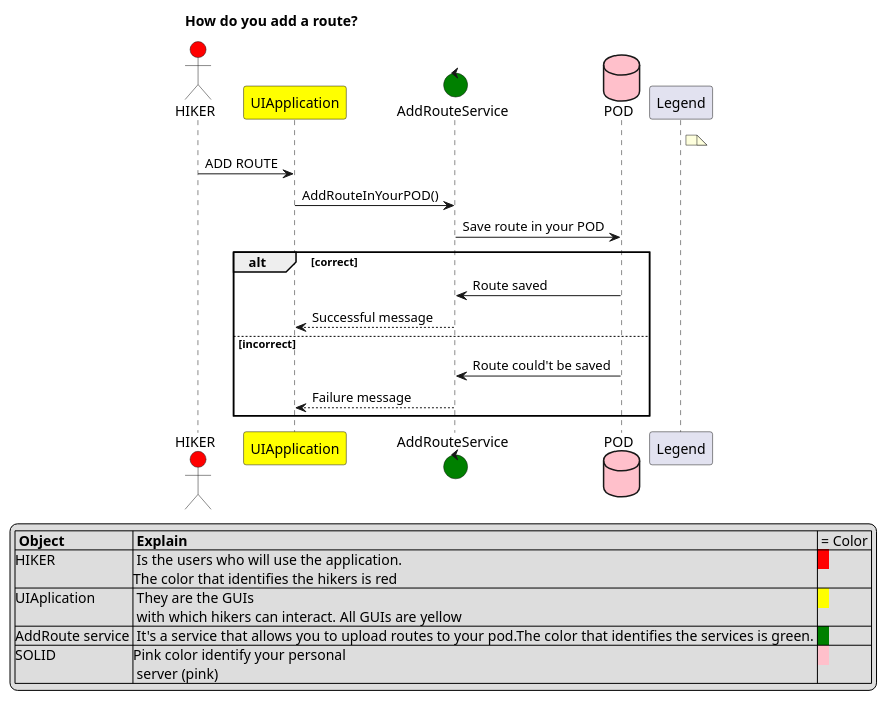
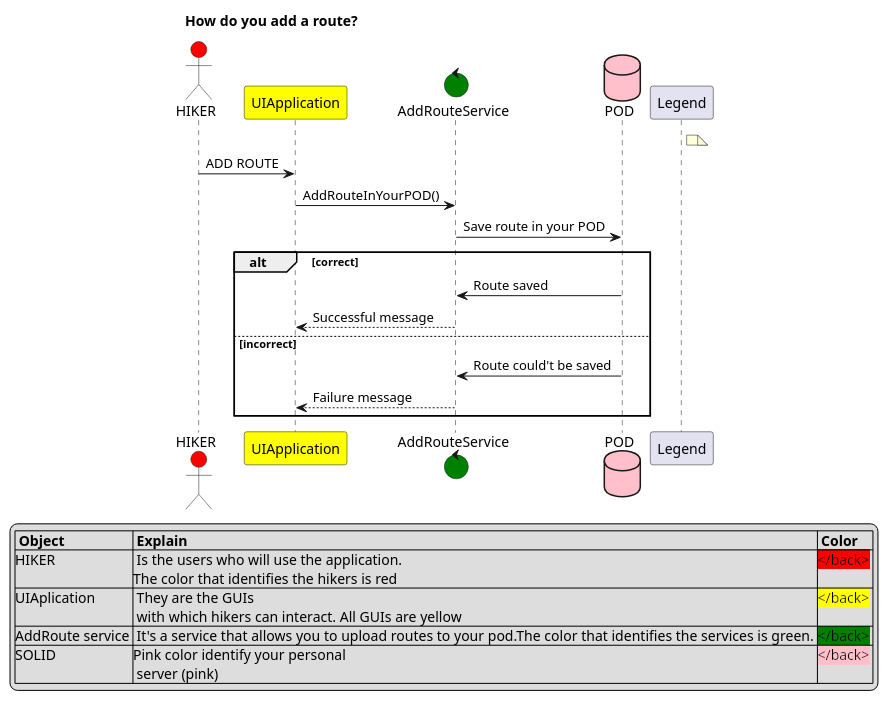
The second of 2 diagrams in src/docs/06_runtime_view.adoc (Arquisoft/viade_es1b), drawn with PlantUML before and after one commit.

Commit message:
Pequeño bug arreglado

```diff
--- a/src/docs/06_runtime_view.adoc
+++ b/src/docs/06_runtime_view.adoc
@@ -61,35 +61,35 @@
 [plantuml,"Add route diagram",png]
 ----
 title How do you add a route?
 
 
 
 actor HIKER #red
 participant UIApplication #yellow
 control AddRouteService #green
 database POD #pink
 
 note right of Legend: 
 
 
 HIKER -> UIApplication: ADD ROUTE
 UIApplication -> AddRouteService: AddRouteInYourPOD()
 AddRouteService -> POD: Save route in your POD
 
 alt correct
 	POD -> AddRouteService: Route saved
 	AddRouteService --> UIApplication: Successful message
 
 else incorrect
 	POD -> AddRouteService: Route could't be saved
 	AddRouteService --> UIApplication: Failure message
 	end
 
 legend
-|= Object |= Explain | = Color |
-|HIKER | Is the users who will use the application.\nThe color that identifies the hikers is red |<back:#FF0000>   </back> |
-|UIAplication | They are the GUIs\n with which hikers can interact. All GUIs are yellow |<back:yellow>   </back> |
-|AddRoute service | It's a service that allows you to upload routes to your pod.The color that identifies the services is green. |<back:green>   </back> |
-|SOLID|Pink color identify your personal\n server (pink)|<back:pink>   </back> |
+|= Object |= Explain |= Color |
+|HIKER | Is the users who will use the application.\nThe color that identifies the hikers is red |<back:#FF0000></back> |
+|UIAplication | They are the GUIs\n with which hikers can interact. All GUIs are yellow |<back:yellow></back> |
+|AddRoute service | It's a service that allows you to upload routes to your pod.The color that identifies the services is green. |<back:green></back> |
+|SOLID|Pink color identify your personal\n server (pink)|<back:pink></back> |
 endlegend
 ----
```
